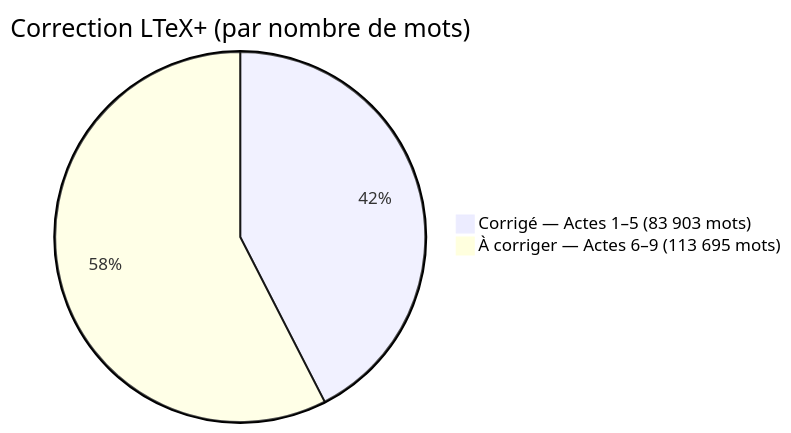
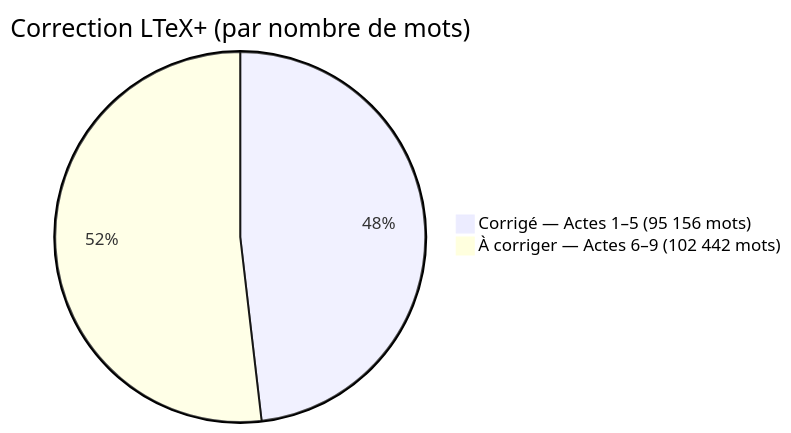
Before and after one commit to eric-mugnier/tete-de-veau-ravigote: the diagram in actes/word_count.md, drawn with Mermaid. The commit also changed other lines of this file, not shown here.

Commit message:
quasi 50%

````diff
--- a/actes/word_count.md
+++ b/actes/word_count.md
@@ -24,5 +24,5 @@
 ```mermaid
 pie title Correction LTeX+ (par nombre de mots)
-    "Corrigé — Actes 1–5 (83 903 mots)" : 83903
-    "À corriger — Actes 6–9 (113 695 mots)" : 113695
+    "Corrigé — Actes 1–5 (95 156 mots)" : 95156
+    "À corriger — Actes 6–9 (102 442 mots)" : 102442
 ```
````
